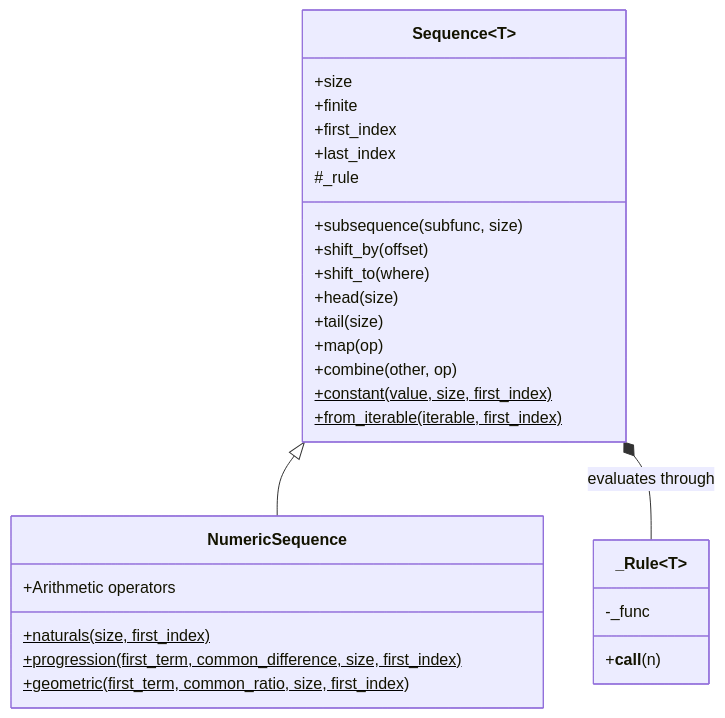
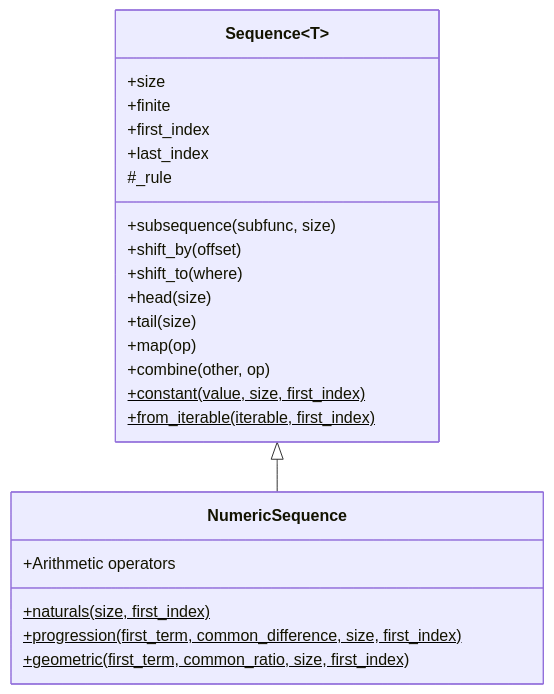
One commit to avikpln/calculus changed the diagram in ARCHITECTURE.md. Above: the diagram before and after it, drawn with Mermaid. The commit also changed other lines of this file and 2 other files, not shown here.

Commit message:
Remove rule wrapper abstraction
Sequence now stores its evaluation rule as a raw callable rather than
wrapping it in a dedicated class. The wrapper originally existed to
validate its input on every call, but that check is already dropped
under the validation-ownership convention, leaving the wrapper with
no behavior beyond storing and invoking a callable — exactly what a
plain function reference already does. NOTES.md records this decision.

````diff
--- a/ARCHITECTURE.md
+++ b/ARCHITECTURE.md
@@ -8,34 +8,28 @@
 ```mermaid
 classDiagram
     class Sequence~T~ {
         +size
         +finite
         +first_index
         +last_index
         +subsequence(subfunc, size)
         +shift_by(offset)
         +shift_to(where)
         +head(size)
         +tail(size)
         +map(op)
         +combine(other, op)
         +constant(value, size, first_index)$
         +from_iterable(iterable, first_index)$
         #_rule
     }
 
     class NumericSequence {
         +Arithmetic operators
         +naturals(size, first_index)$
         +progression(first_term, common_difference, size, first_index)$
         +geometric(first_term, common_ratio, size, first_index)$
     }
 
-    class _Rule~T~ {
-        -_func
-        +__call__(n)
-    }
-
     Sequence <|-- NumericSequence
-    Sequence *-- _Rule : evaluates through
 ```
````
